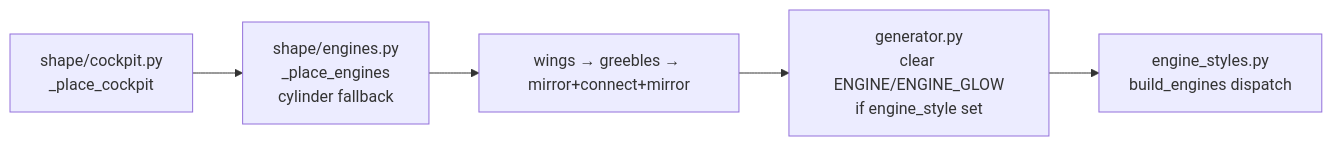
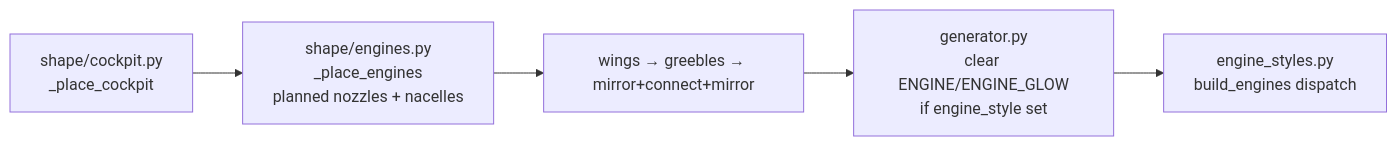
The ninth of 12 diagrams in docs/architecture.md (KazooKat/Spaceship-Generator), drawn with Mermaid before and after one commit. The commit also changed other lines of this file and 30 other files, not shown here.

Commit message:
docs: v2 gallery regen, architecture + README updates, lint cleanup

````diff
--- a/docs/architecture.md
+++ b/docs/architecture.md
@@ -804,10 +819,10 @@
 ```mermaid
 flowchart LR
   cockpit[shape/cockpit.py<br/>_place_cockpit]
-  default[shape/engines.py<br/>_place_engines<br/>cylinder fallback]
+  default[shape/engines.py<br/>_place_engines<br/>planned nozzles + nacelles]
   rest[wings → greebles → mirror+connect+mirror]
   wipe[generator.py<br/>clear ENGINE/ENGINE_GLOW<br/>if engine_style set]
   override[engine_styles.py<br/>build_engines dispatch]
 
   cockpit --> default --> rest --> wipe --> override
 ```
````
